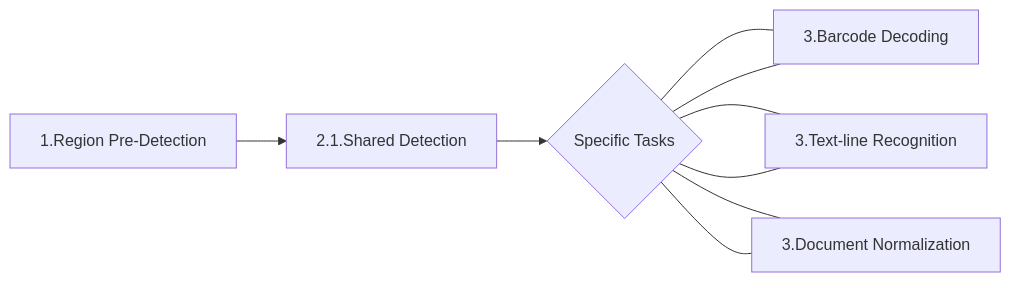
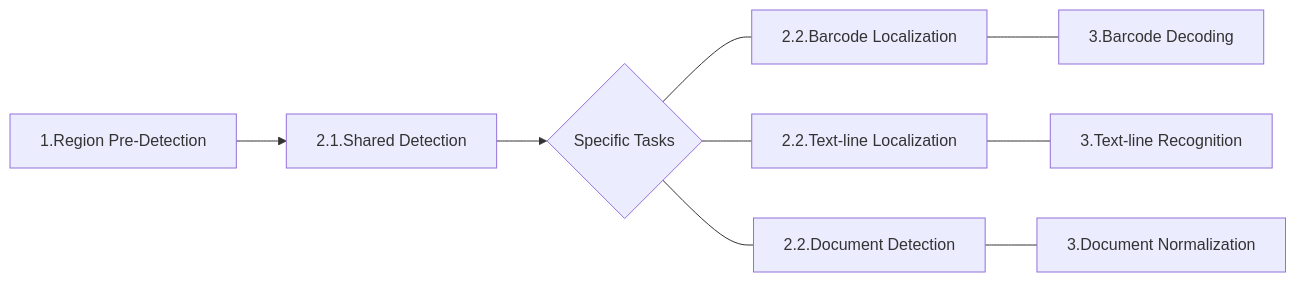
Before and after one commit to dynamsoft-docs/capture-vision-docs: the diagram in architecture/image-processing/index.md, drawn with Mermaid. The commit also changed 1 other file, not shown here.

Commit message:
fix mermaid diagram

````diff
--- a/architecture/image-processing/index.md
+++ b/architecture/image-processing/index.md
@@ -77,11 +77,11 @@
 ```mermaid
 flowchart LR;
      A[1.Region Pre-Detection]-->B[2.1.Shared Detection]
      B-->C{Specific Tasks}
      C---D[2.2.Barcode Localization]
      C---E[2.2.Text-line Localization]
      C---F[2.2.Document Detection]
-     C---D[3.Barcode Decoding]
-     C---E[3.Text-line Recognition]
-     C---F[3.Document Normalization]
+     D---G[3.Barcode Decoding]
+     E---H[3.Text-line Recognition]
+     F---I[3.Document Normalization]
 ```
````
